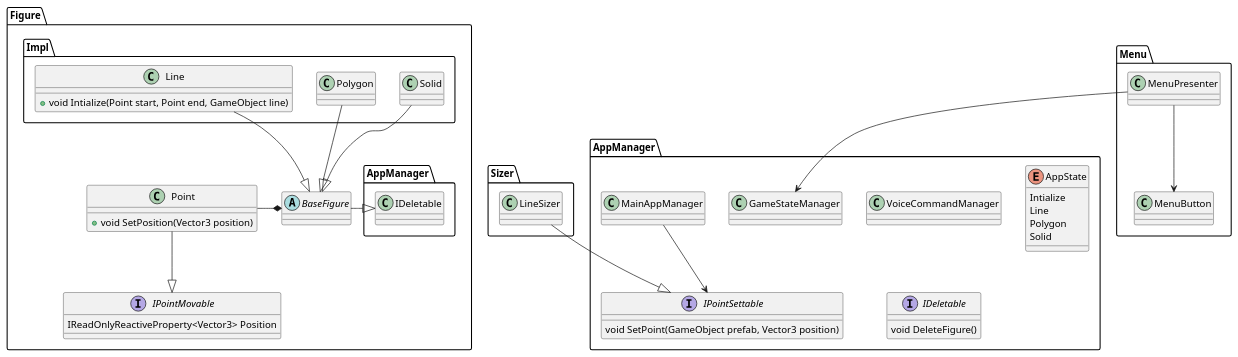
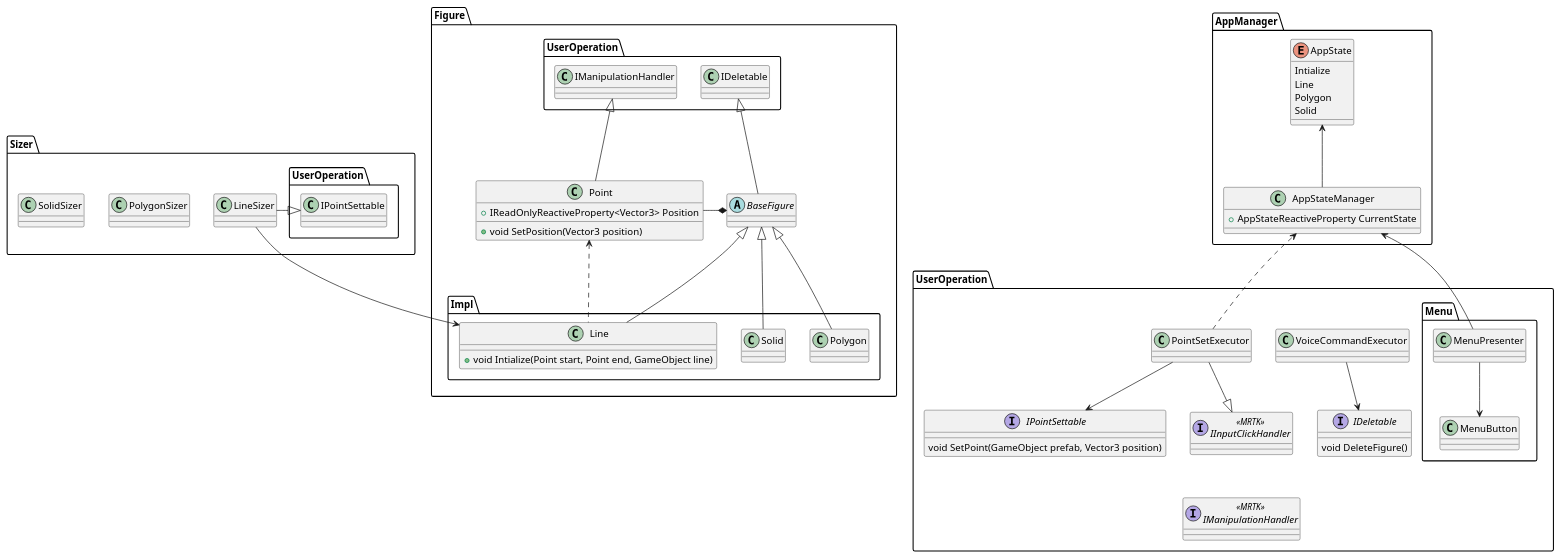
One commit to dykarohora/HoloMeasurement changed the diagram in ClassDiagram.wsd. Above: the diagram before and after it, drawn with PlantUML. The commit also changed 8 other files, not shown here.

Commit message:
クラス図を修正

```diff
--- a/ClassDiagram.wsd
+++ b/ClassDiagram.wsd
@@ -1,82 +1,93 @@
 @startuml
 
 namespace Figure {
     abstract class BaseFigure {
     }
     namespace Impl {
         class Line {
             +void Intialize(Point start, Point end, GameObject line)
         }
         class Polygon {
         }
         class Solid {
         }
-        Line --d|> Figure.BaseFigure
-        Polygon --d|> Figure.BaseFigure
-        Solid --d|> Figure.BaseFigure
-
-        Line -[hidden]r- Polygon
-        Polygon -[hidden]r- Solid
+        Line --u|> Figure.BaseFigure
+        Line ..u> Figure.Point
+        Polygon --u|> Figure.BaseFigure
+        Solid --u|> Figure.BaseFigure
     }
 
-    interface IPointMovable {
-        IReadOnlyReactiveProperty<Vector3> Position
-    }
-
-
     class Point {
+        +IReadOnlyReactiveProperty<Vector3> Position
         +void SetPosition(Vector3 position)
     }
-
-    BaseFigure --l|> AppManager.IDeletable
-
-    Point --|> IPointMovable
-    Point --r* BaseFigure
-
+    
+    Point --u|> UserOperation.IManipulationHandler
+    Point --l* BaseFigure
+    BaseFigure --u|> UserOperation.IDeletable
 }
 
 namespace AppManager {
-    class VoiceCommandManager {
-
+    class AppStateManager {
+        +AppStateReactiveProperty CurrentState
     }
 
-    class GameStateManager {
-
-    }
-    class MainAppManager {
-    }
     enum AppState {
         Intialize
         Line
         Polygon
         Solid
     }
-    
+    AppStateManager --u> AppState
+}
+
+namespace Sizer {
+    class LineSizer {
+    }
+    class PolygonSizer {
+    }
+    class SolidSizer {
+    }
+
+    LineSizer --r|> UserOperation.IPointSettable
+    LineSizer --> Figure.Impl.Line
+}
+
+namespace UserOperation {
+    class VoiceCommandExecutor {
+    }
+    class PointSetExecutor {
+    }
+
     interface IPointSettable {
         void SetPoint(GameObject prefab, Vector3 position)
     }
     interface IDeletable {
         void DeleteFigure()
     }
 
-    MainAppManager --> IPointSettable
+    interface IInputClickHandler<<MRTK>>{
+    }
+    interface IManipulationHandler<<MRTK>>{
+    }
+
+    VoiceCommandExecutor --d> IDeletable
+    PointSetExecutor --d> IPointSettable
+    PointSetExecutor --|> IInputClickHandler
+
+    PointSetExecutor ..> AppManager.AppStateManager
+
+    IInputClickHandler -[hidden]d- IManipulationHandler
+
+    namespace Menu {
+        class MenuPresenter {
+        }
+        class MenuButton {
+        }
+
+        MenuPresenter --> MenuButton
+        MenuPresenter --u> AppManager.AppStateManager
+    }
 }
 
-namespace Sizer {
-    class LineSizer {
-    }
-    LineSizer --|> AppManager.IPointSettable
-}
-
-namespace Menu {
-    class MenuPresenter {
-    }
-    class MenuButton {
-    }
-
-    MenuPresenter --d> MenuButton
-    MenuPresenter --d> AppManager.GameStateManager
-}
-
-
 @enduml
```
